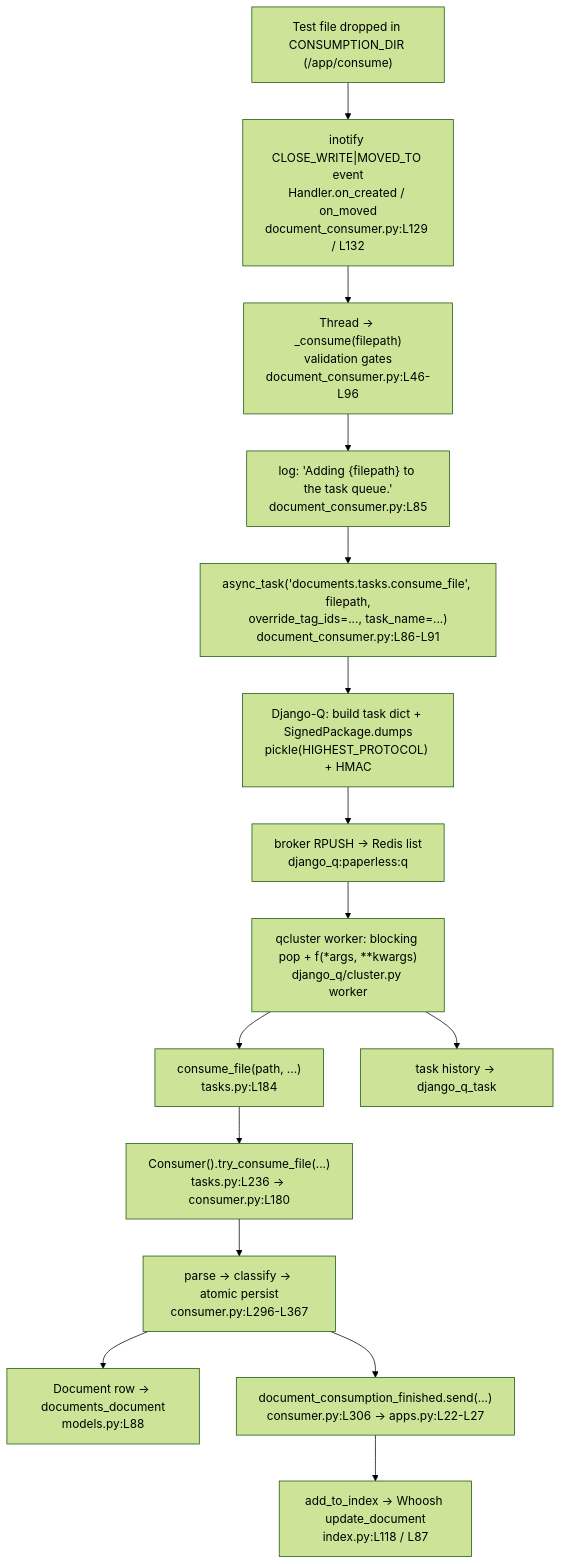
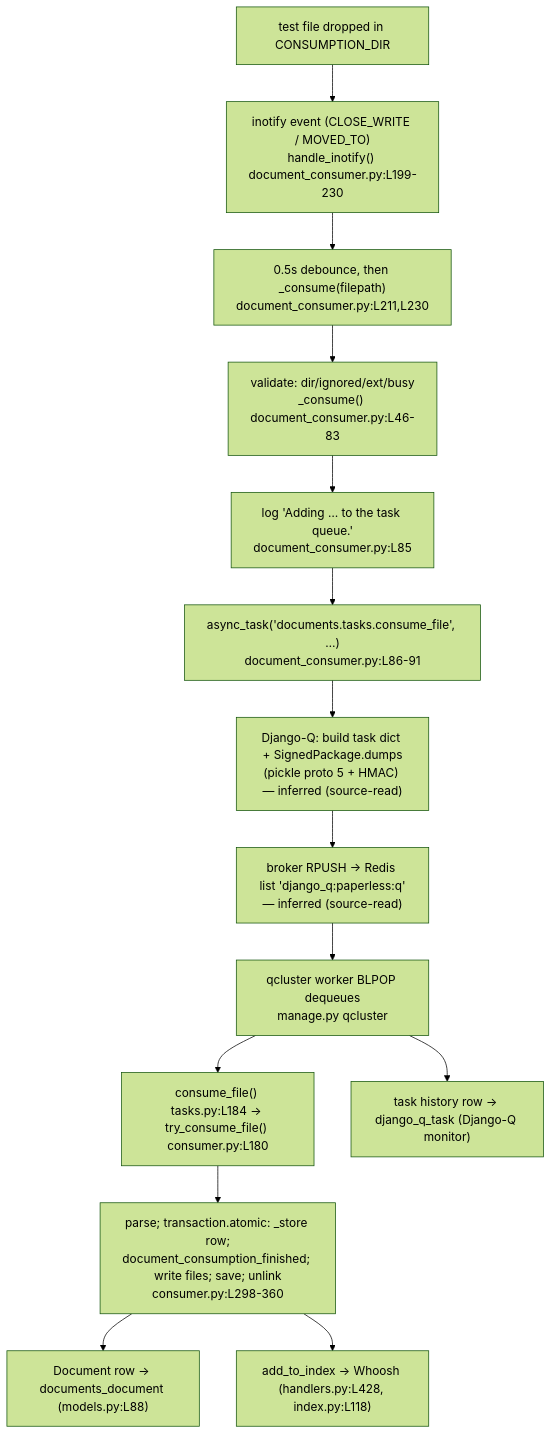
One commit to blitzy-research/paperless-ngx changed the first of 2 diagrams in blitzy/documentation/paperless-ngx_542221a38dff.md. Above: the diagram before and after it, drawn with Mermaid (forest theme). The commit also changed other lines of this file, not shown here.

````diff
--- a/blitzy/documentation/paperless-ngx_542221a38dff.md
+++ b/blitzy/documentation/paperless-ngx_542221a38dff.md
@@ -592,17 +42,16 @@
 ```mermaid
 graph TD
-    A["Test file dropped in CONSUMPTION_DIR (/app/consume)"] --> B["inotify CLOSE_WRITE|MOVED_TO event<br/>Handler.on_created / on_moved<br/>document_consumer.py:L129 / L132"]
-    B --> C["Thread -> _consume(filepath)<br/>validation gates<br/>document_consumer.py:L46-L96"]
-    C --> D["log: 'Adding {filepath} to the task queue.'<br/>document_consumer.py:L85"]
-    D --> E["async_task('documents.tasks.consume_file', filepath,<br/>override_tag_ids=..., task_name=...)<br/>document_consumer.py:L86-L91"]
-    E --> F["Django-Q: build task dict + SignedPackage.dumps<br/>pickle(HIGHEST_PROTOCOL) + HMAC"]
-    F --> G["broker RPUSH -> Redis list<br/>django_q:paperless:q"]
-    G --> H["qcluster worker: blocking pop + f(*args, **kwargs)<br/>django_q/cluster.py worker"]
-    H --> I["consume_file(path, ...)<br/>tasks.py:L184"]
-    I --> J["Consumer().try_consume_file(...)<br/>tasks.py:L236 -> consumer.py:L180"]
-    J --> K["parse -> classify -> atomic persist<br/>consumer.py:L296-L367"]
-    K --> L["Document row -> documents_document<br/>models.py:L88"]
-    K --> M["document_consumption_finished.send(...)<br/>consumer.py:L306 -> apps.py:L22-L27"]
-    M --> N["add_to_index -> Whoosh update_document<br/>index.py:L118 / L87"]
-    H --> O["task history -> django_q_task"]
+    A[test file dropped in CONSUMPTION_DIR] --> B["inotify event (CLOSE_WRITE / MOVED_TO)<br/>handle_inotify() document_consumer.py:L199-230"]
+    B --> C["0.5s debounce, then _consume(filepath)<br/>document_consumer.py:L211,L230"]
+    C --> D["validate: dir/ignored/ext/busy<br/>_consume() document_consumer.py:L46-83"]
+    D --> E["log 'Adding … to the task queue.'<br/>document_consumer.py:L85"]
+    E --> F["async_task('documents.tasks.consume_file', …)<br/>document_consumer.py:L86-91"]
+    F --> G["Django-Q: build task dict + SignedPackage.dumps<br/>(pickle proto 5 + HMAC) — inferred (source-read)"]
+    G --> H["broker RPUSH -> Redis list 'django_q:paperless:q'<br/>— inferred (source-read)"]
+    H --> I["qcluster worker BLPOP dequeues<br/>manage.py qcluster"]
+    I --> J["consume_file() tasks.py:L184 -> try_consume_file() consumer.py:L180"]
+    J --> K["parse; transaction.atomic: _store row;<br/>document_consumption_finished; write files; save; unlink<br/>consumer.py:L298-360"]
+    K --> L["Document row -> documents_document (models.py:L88)"]
+    K --> M["add_to_index -> Whoosh (handlers.py:L428, index.py:L118)"]
+    I --> N["task history row -> django_q_task (Django-Q monitor)"]
 ```
````
